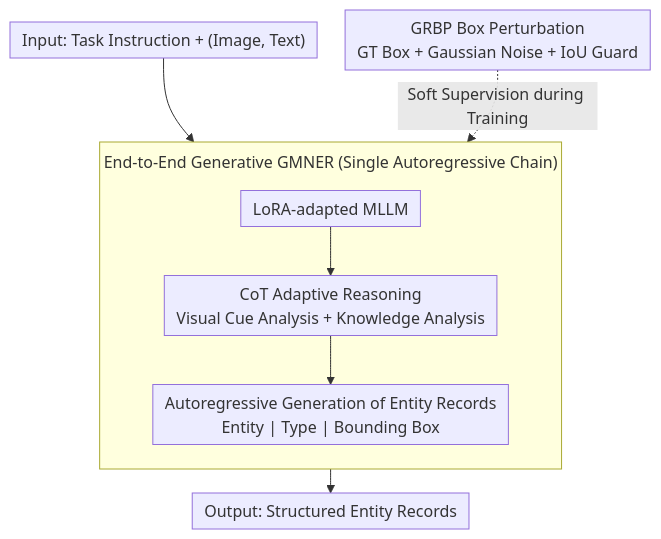
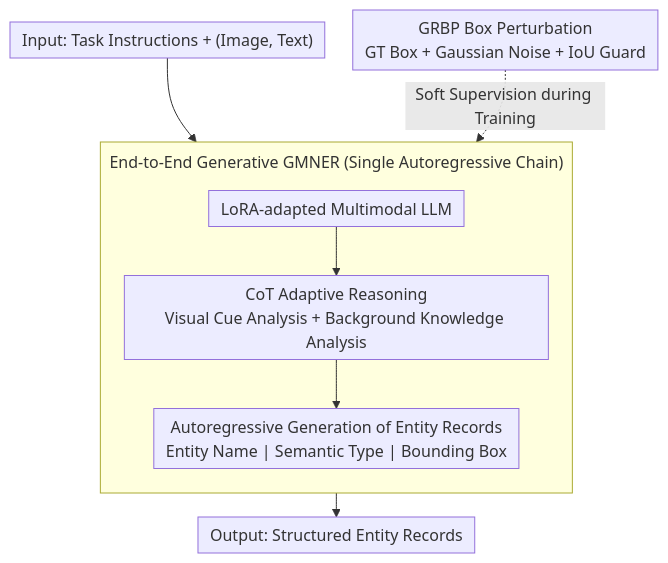
One commit to zhaoyang97/Paper-Notes-en changed the diagram in docs/ACL2026/multimodal_vlm/e2e-gmner_end-to-end_generative_grounded_multimodal_named_entity_recognition.md. Above: the diagram before and after it, drawn with Mermaid. The commit also changed other lines of this file and 5084 other files, not shown here.

````diff
--- a/docs/ACL2026/multimodal_vlm/e2e-gmner_end-to-end_generative_grounded_multimodal_named_entity_recognition.md
+++ b/docs/ACL2026/multimodal_vlm/e2e-gmner_end-to-end_generative_grounded_multimodal_named_entity_recognition.md
@@ -44,12 +44,12 @@
 ```mermaid
 %%{init: {'flowchart': {'rankSpacing': 24, 'nodeSpacing': 28, 'padding': 6, 'wrappingWidth': 400, 'subGraphTitleMargin': {'top': 8, 'bottom': 16}}}}%%
 flowchart TD
-    A["Input: Task Instruction + (Image, Text)"] --> B["LoRA-adapted MLLM"]
+    A["Input: Task Instructions + (Image, Text)"] --> B["LoRA-adapted Multimodal LLM"]
     subgraph GEN["End-to-End Generative GMNER (Single Autoregressive Chain)"]
         direction TB
-        B --> C["CoT Adaptive Reasoning<br/>Visual Cue Analysis + Knowledge Analysis"]
-        C --> D["Autoregressive Generation of Entity Records<br/>Entity | Type | Bounding Box"]
+        B --> C["CoT Adaptive Reasoning<br/>Visual Cue Analysis + Background Knowledge Analysis"]
+        C --> D["Autoregressive Generation of Entity Records<br/>Entity Name | Semantic Type | Bounding Box"]
     end
     D --> E["Output: Structured Entity Records"]
     F["GRBP Box Perturbation<br/>GT Box + Gaussian Noise + IoU Guard"] -. Soft Supervision during Training .-> D
 ```
````
